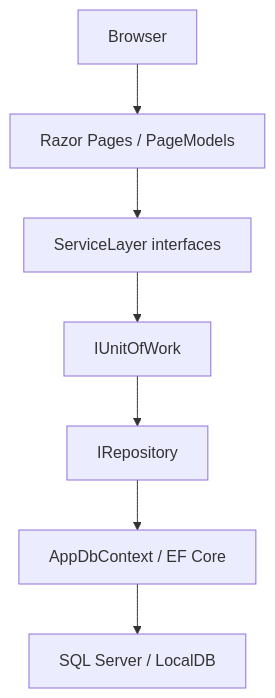
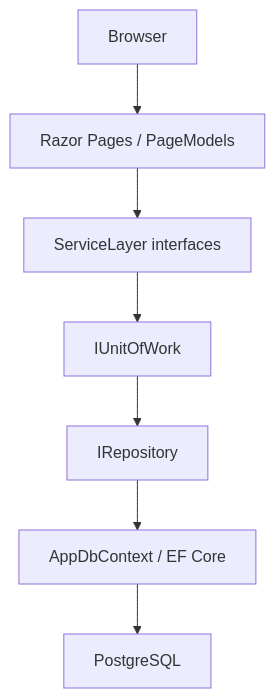
One commit to PRN222-FPT/Razor changed the first of 2 diagrams in ARCHITECTURE.md. Above: the diagram before and after it, drawn with Mermaid. The commit also changed other lines of this file and 176 other files, not shown here.

````diff
--- a/ARCHITECTURE.md
+++ b/ARCHITECTURE.md
@@ -53,9 +53,9 @@
 ```mermaid
 flowchart TD
     Browser["Browser"] --> Pages["Razor Pages / PageModels"]
     Pages --> Services["ServiceLayer interfaces"]
     Services --> Uow["IUnitOfWork"]
     Uow --> Repo["IRepository<T>"]
     Repo --> Db["AppDbContext / EF Core"]
-    Db --> Sql["SQL Server / LocalDB"]
+    Db --> Sql["PostgreSQL"]
 ```
````
